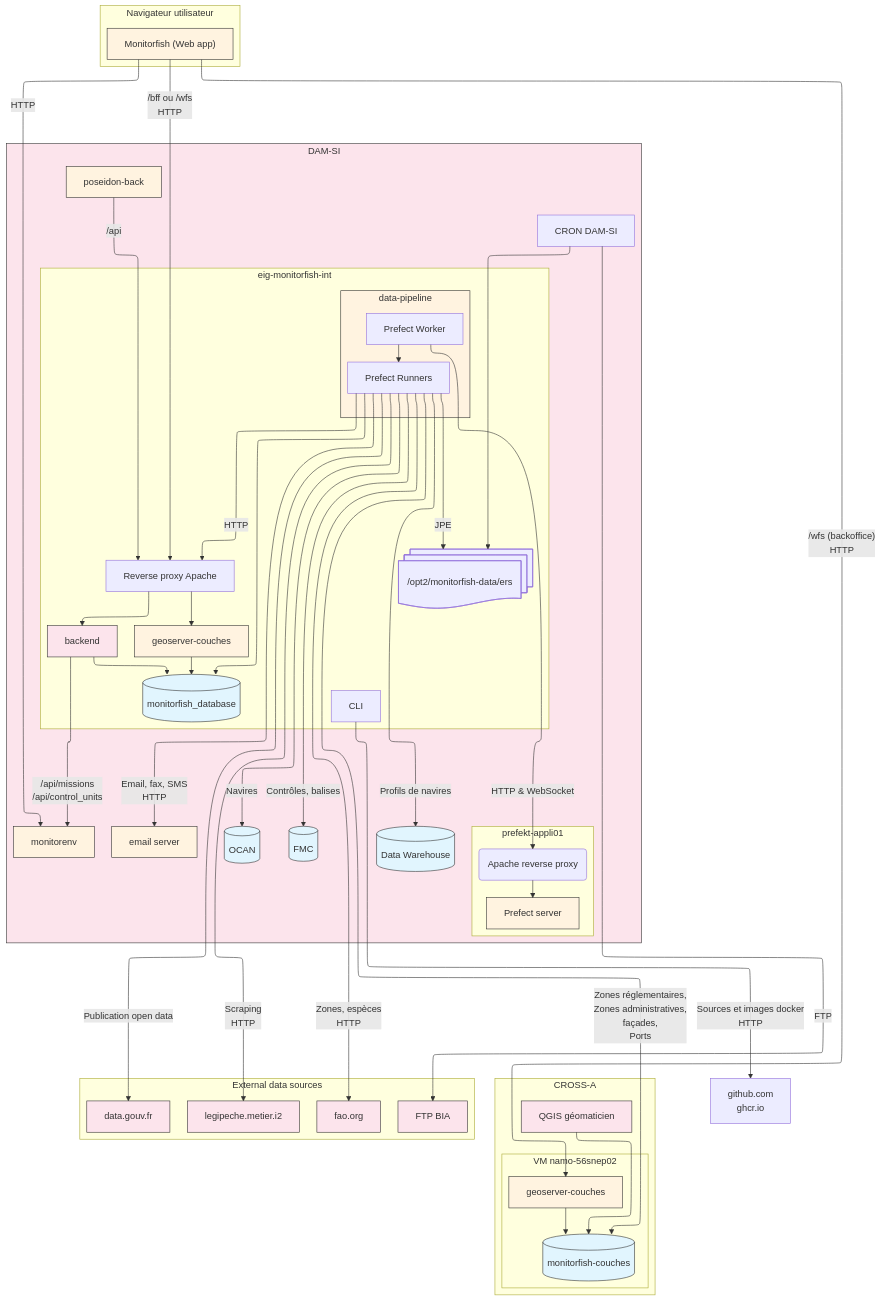
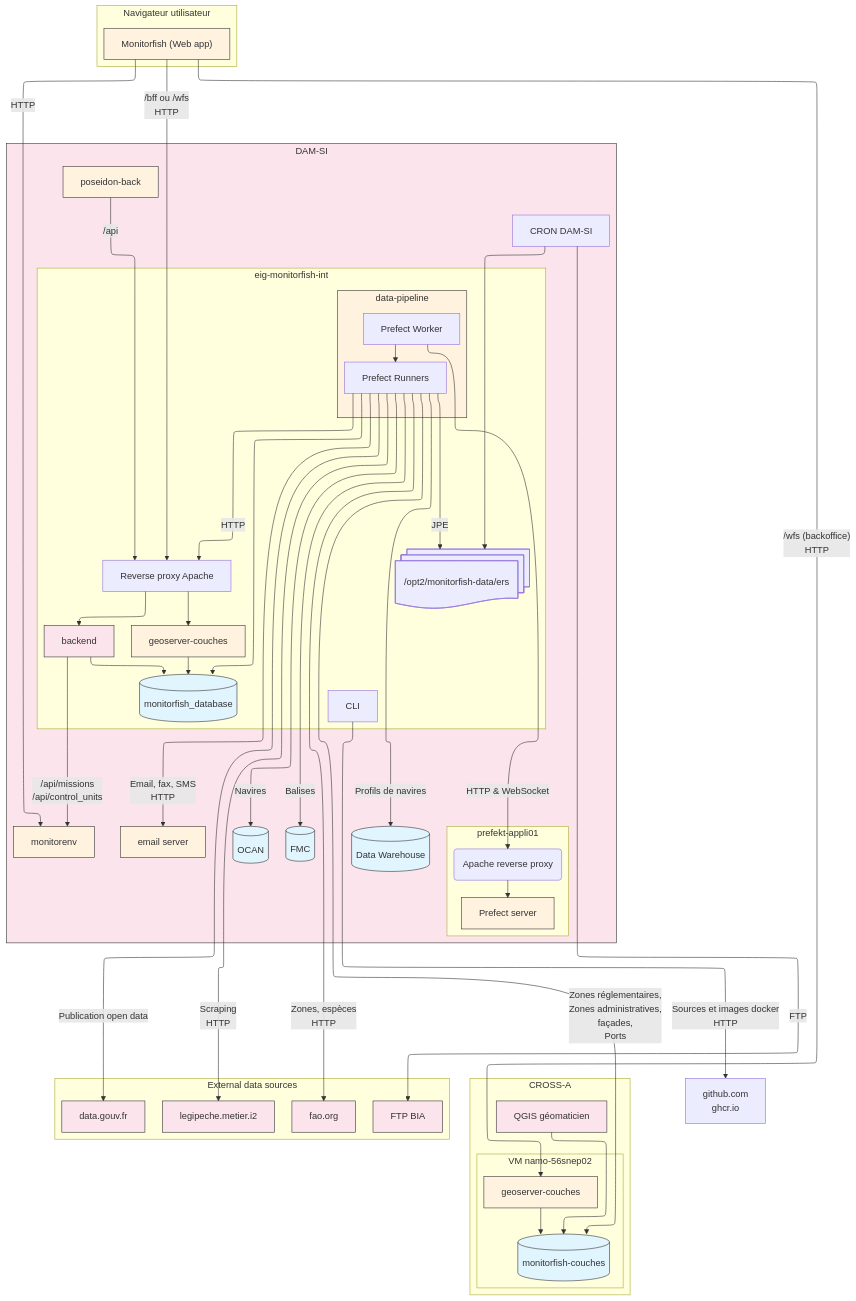
One commit to MTES-MCT/monitorfish changed the diagram in infra/remote/architecture.md. Above: the diagram before and after it, drawn with Mermaid. The commit also changed 1 other file, not shown here.

Commit message:
Update architecture diagram

```diff
--- a/infra/remote/architecture.md
+++ b/infra/remote/architecture.md
@@ -68,7 +68,7 @@
     PrefectApache --> PrefectApp
     Runners -- JPE --> JPE
     Runners -- Scraping<br>HTTP --> Legipeche
-    Runners -- Contrôles, balises --> FMC
+    Runners -- Balises --> FMC
     Runners -- Profils de navires --> DW
     Runners -- Navires --> Ocan
     Runners -- HTTP --> Apache
```
